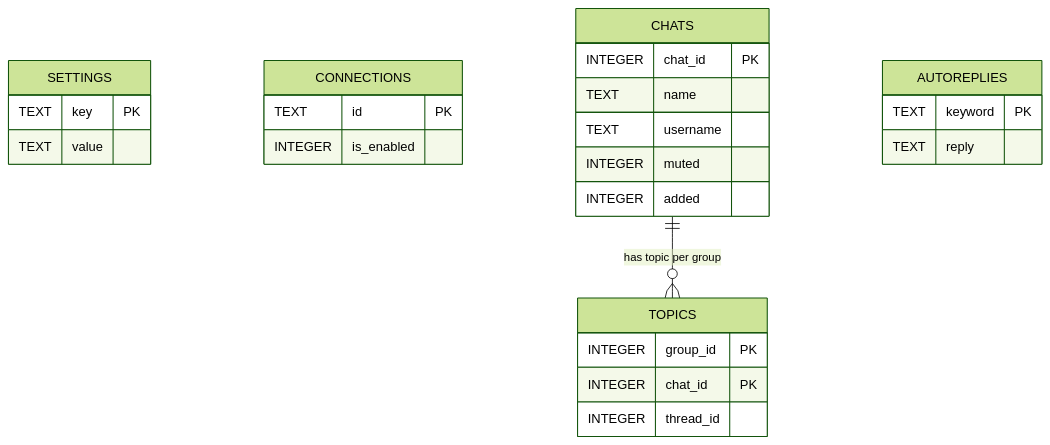
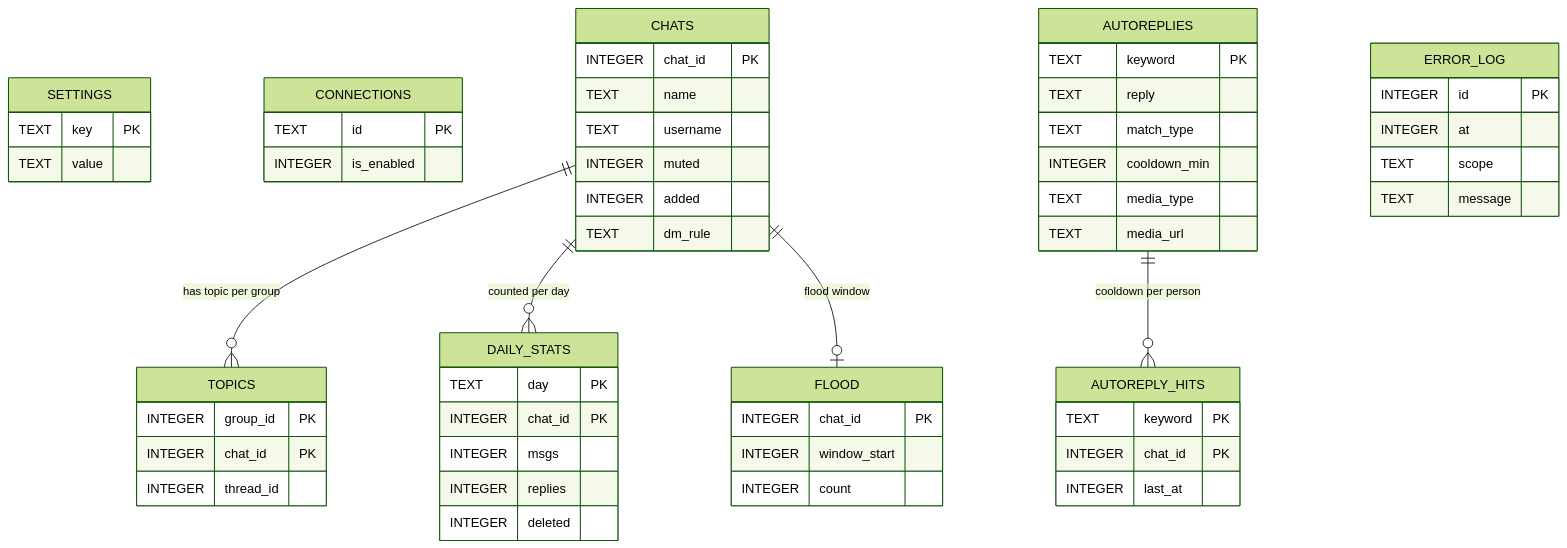
Before and after one commit to imhamiddev/Telegram-account-manager: the sixth of 6 diagrams in README.fa.md, drawn with Mermaid (forest theme). The commit also changed other lines of this file, not shown here.

Commit message:
docs(readme-fa): refreshed flow chart, mind map and ER diagram

````diff
--- a/README.fa.md
+++ b/README.fa.md
@@ -260,28 +279,59 @@
 ```mermaid
 erDiagram
     SETTINGS {
         TEXT key PK
         TEXT value
     }
     CONNECTIONS {
         TEXT id PK
         INTEGER is_enabled
     }
     CHATS {
         INTEGER chat_id PK
         TEXT name
         TEXT username
         INTEGER muted
         INTEGER added
+        TEXT dm_rule
     }
     TOPICS {
         INTEGER group_id PK
         INTEGER chat_id PK
         INTEGER thread_id
     }
     AUTOREPLIES {
         TEXT keyword PK
         TEXT reply
+        TEXT match_type
+        INTEGER cooldown_min
+        TEXT media_type
+        TEXT media_url
+    }
+    AUTOREPLY_HITS {
+        TEXT keyword PK
+        INTEGER chat_id PK
+        INTEGER last_at
+    }
+    DAILY_STATS {
+        TEXT day PK
+        INTEGER chat_id PK
+        INTEGER msgs
+        INTEGER replies
+        INTEGER deleted
+    }
+    FLOOD {
+        INTEGER chat_id PK
+        INTEGER window_start
+        INTEGER count
+    }
+    ERROR_LOG {
+        INTEGER id PK
+        INTEGER at
+        TEXT scope
+        TEXT message
     }
     CHATS ||--o{ TOPICS : "has topic per group"
+    CHATS ||--o{ DAILY_STATS : "counted per day"
+    CHATS ||--o| FLOOD : "flood window"
+    AUTOREPLIES ||--o{ AUTOREPLY_HITS : "cooldown per person"
 ```
````
